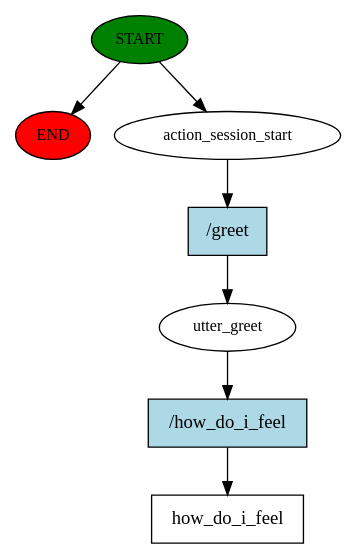
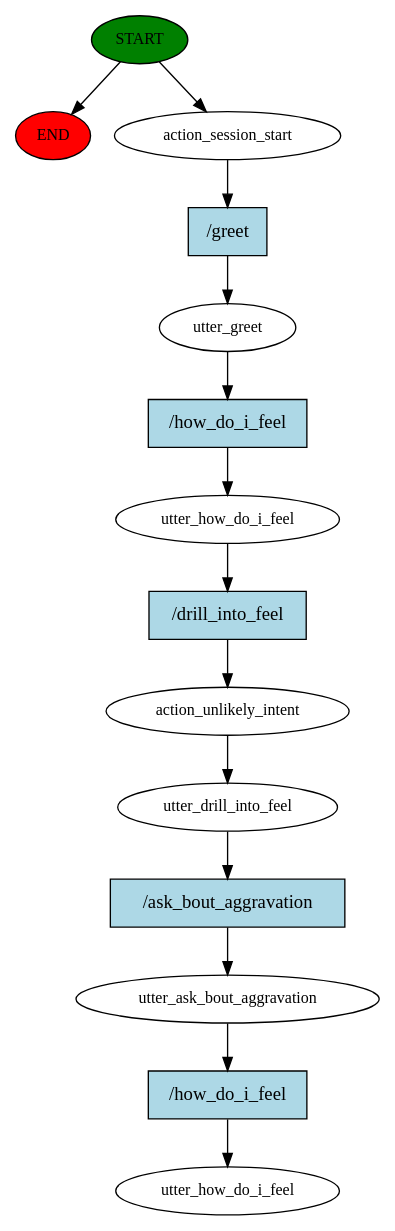
Before and after one commit to KolRobOsk/Praca-Dyplomowa-195IC-21720: the diagram in Bot Depresyjny 21720/story_graph.dot, drawn with Graphviz. The commit also changed 3 other files, not shown here.

```diff
--- a/Bot Depresyjny 21720/story_graph.dot
+++ b/Bot Depresyjny 21720/story_graph.dot
@@ -1,15 +1,29 @@
 digraph  {
 0 [class="start active", fillcolor=green, fontsize=12, label=START, style=filled];
 "-1" [class=end, fillcolor=red, fontsize=12, label=END, style=filled];
 1 [class=active, fontsize=12, label=action_session_start];
 2 [class=active, fontsize=12, label=utter_greet];
-3 [class="intent dashed active", label=how_do_i_feel, shape=rect];
-4 [class="intent active", fillcolor=lightblue, label="/greet", shape=rect, style=filled];
-5 [class="intent active", fillcolor=lightblue, label="/how_do_i_feel", shape=rect, style=filled];
+3 [class=active, fontsize=12, label=utter_how_do_i_feel];
+4 [class=active, fontsize=12, label=action_unlikely_intent];
+5 [class=active, fontsize=12, label=utter_drill_into_feel];
+6 [class=active, fontsize=12, label=utter_ask_bout_aggravation];
+7 [class="dashed active", fontsize=12, label=utter_how_do_i_feel];
+8 [class="intent active", fillcolor=lightblue, label="/greet", shape=rect, style=filled];
+9 [class="intent active", fillcolor=lightblue, label="/how_do_i_feel", shape=rect, style=filled];
+10 [class="intent active", fillcolor=lightblue, label="/drill_into_feel", shape=rect, style=filled];
+11 [class="intent active", fillcolor=lightblue, label="/ask_bout_aggravation", shape=rect, style=filled];
+12 [class="intent active", fillcolor=lightblue, label="/how_do_i_feel", shape=rect, style=filled];
 0 -> "-1"  [class="", key=NONE, label=""];
 0 -> 1  [class=active, key=NONE, label=""];
-1 -> 4  [class=active, key=0];
-2 -> 5  [class=active, key=0];
-4 -> 2  [class=active, key=0];
-5 -> 3  [class=active, key=0];
+1 -> 8  [class=active, key=0];
+2 -> 9  [class=active, key=0];
+3 -> 10  [class=active, key=0];
+4 -> 5  [class=active, key=NONE, label=""];
+5 -> 11  [class=active, key=0];
+6 -> 12  [class=active, key=0];
+8 -> 2  [class=active, key=0];
+9 -> 3  [class=active, key=0];
+10 -> 4  [class=active, key=0];
+11 -> 6  [class=active, key=0];
+12 -> 7  [class=active, key=0];
 }
```
